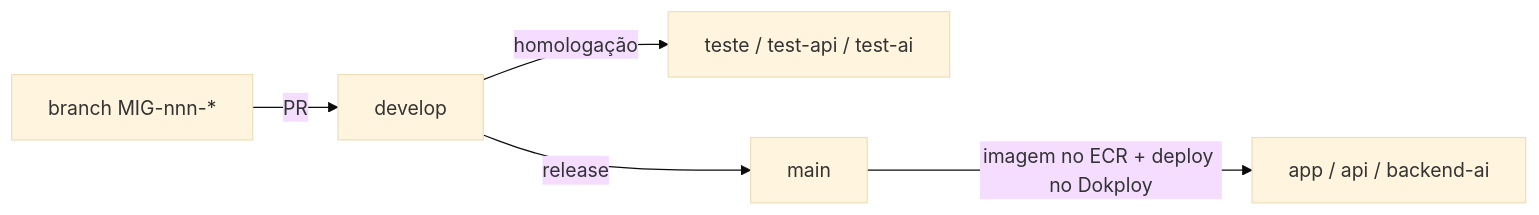
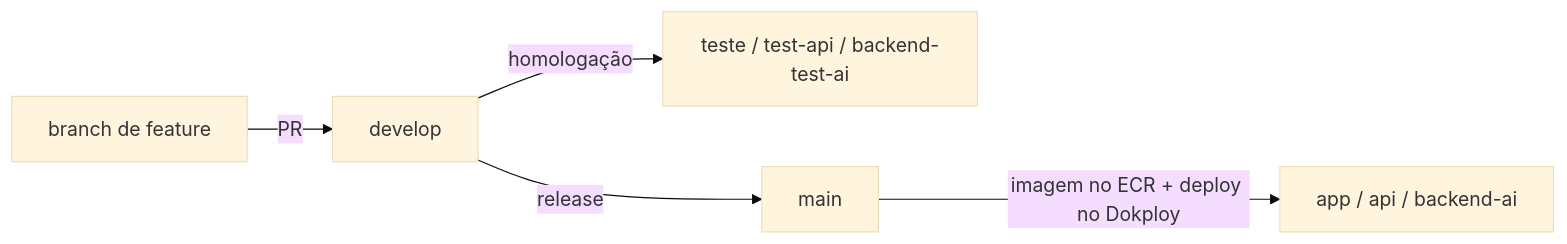
The diagram in arquitetura/ambientes.mdx (aliverso01/mintlify-docs), drawn with Mermaid (base theme) before and after one commit. The commit also changed other lines of this file and 8 other files, not shown here.

````diff
--- a/arquitetura/ambientes.mdx
+++ b/arquitetura/ambientes.mdx
@@ -53,7 +54,7 @@
 ```mermaid
 flowchart LR
-    B["branch MIG-nnn-*"] -->|PR| D["develop"]
-    D -->|homologação| H["teste / test-api / test-ai"]
+    B["branch de feature"] -->|PR| D["develop"]
+    D -->|homologação| H["teste / test-api / backend-test-ai"]
     D -->|release| M["main"]
     M -->|imagem no ECR + deploy no Dokploy| P["app / api / backend-ai"]
 ```
````
